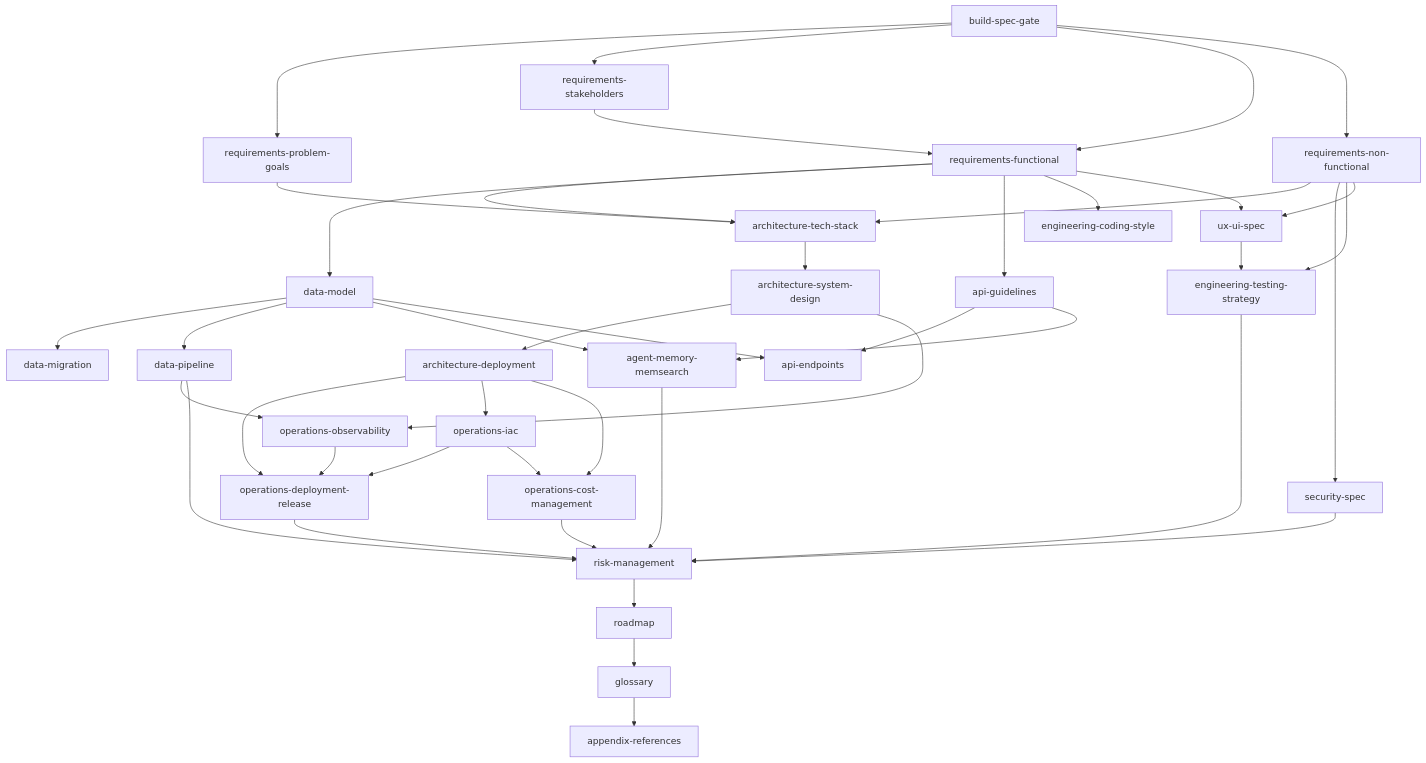
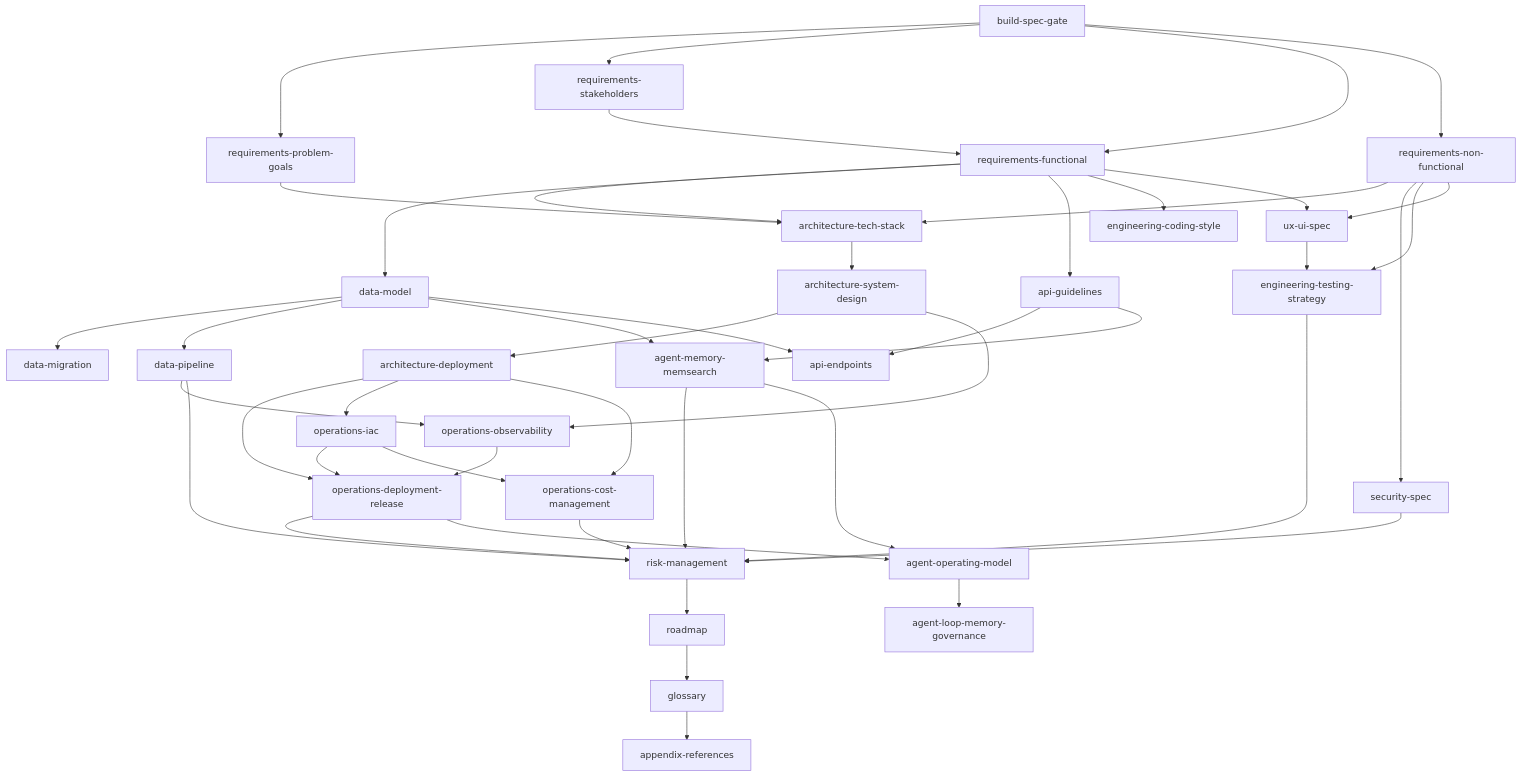
Before and after one commit to ParkHwan/project-dev-specs: the diagram in skills/skill_graph.md, drawn with Mermaid. The commit also changed other lines of this file and 8 other files, not shown here.

````diff
--- a/skills/skill_graph.md
+++ b/skills/skill_graph.md
@@ -10,54 +10,58 @@
 ```mermaid
 flowchart TD
     A[build-spec-gate] --> B[requirements-problem-goals]
     A --> C[requirements-stakeholders]
     A --> D[requirements-functional]
     A --> E[requirements-non-functional]
 
     C --> D
 
     B --> F[architecture-tech-stack]
     D --> F
     E --> F
 
     F --> G[architecture-system-design]
     G --> H[architecture-deployment]
 
     D --> I[data-model]
     I --> J[data-migration]
     I --> W[data-pipeline]
     I --> V[agent-memory-memsearch]
 
     D --> K[api-guidelines]
     K --> L[api-endpoints]
     I --> L
     K --> V
 
     E --> M[security-spec]
     E --> N[engineering-testing-strategy]
     D --> O[engineering-coding-style]
 
     D --> X[ux-ui-spec]
     E --> X
     X --> N
 
     G --> P[operations-observability]
     W --> P
     H --> Q[operations-deployment-release]
     P --> Q
     H --> Y[operations-iac]
     Y --> Q
     H --> Z[operations-cost-management]
     Y --> Z
 
     M --> R[risk-management]
     N --> R
     Q --> R
     V --> R
     W --> R
     Z --> R
 
     R --> S[roadmap]
     S --> T[glossary]
     T --> U[appendix-references]
+
+    Q --> AO[agent-operating-model]
+    V --> AO
+    AO --> LG[agent-loop-memory-governance]
 ```
````
